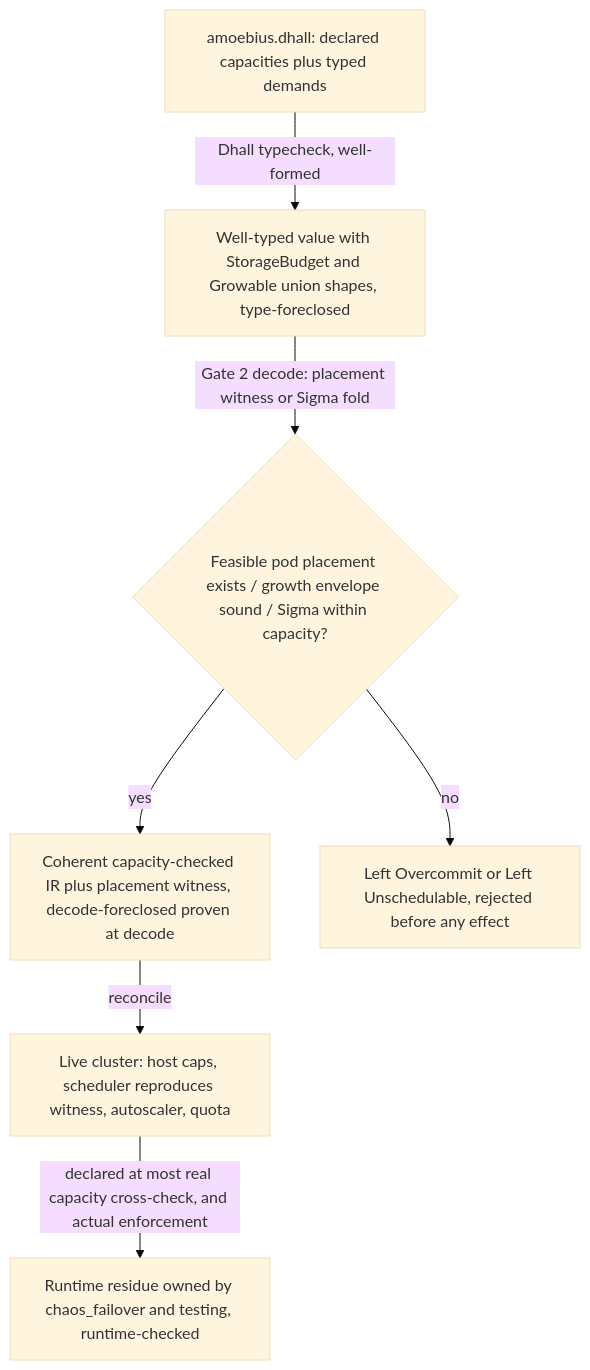
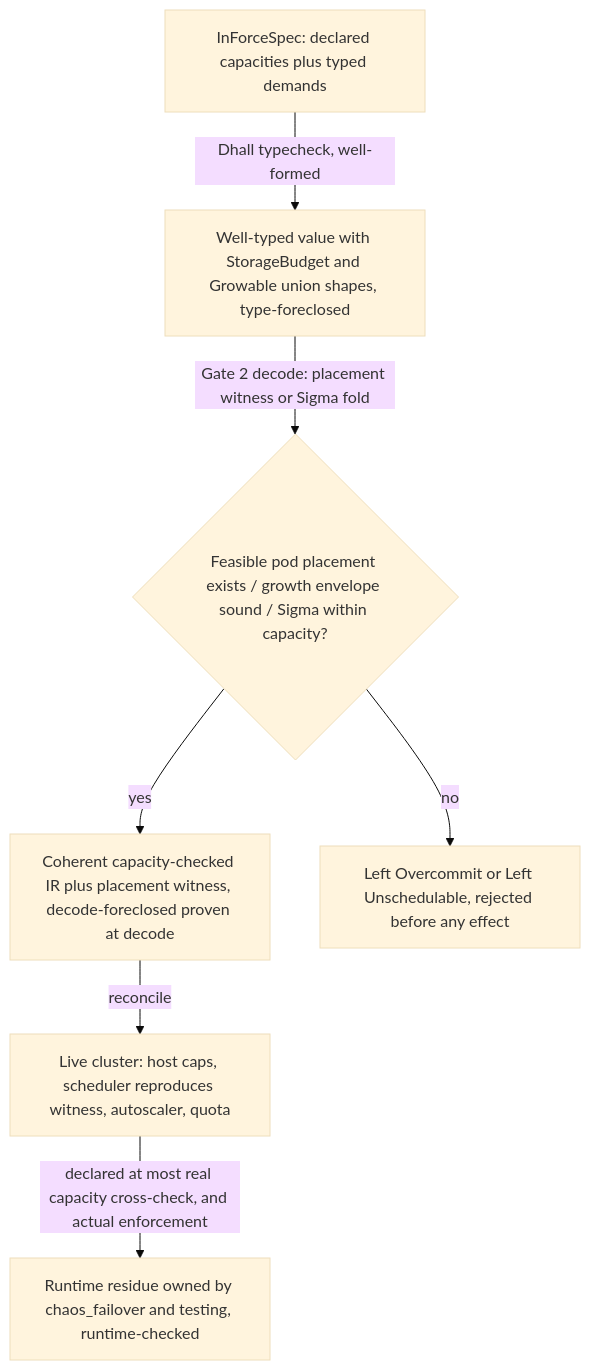
The diagram in documents/engineering/resource_capacity_doctrine.md (Tuee22/amoebius), drawn with Mermaid (base theme) before and after one commit. The commit also changed other lines of this file and 37 other files, not shown here.

````diff
--- a/documents/engineering/resource_capacity_doctrine.md
+++ b/documents/engineering/resource_capacity_doctrine.md
@@ -89,9 +89,9 @@
 ```mermaid
 flowchart TD
-  spec[amoebius.dhall: declared capacities plus typed demands] -->|Dhall typecheck, well-formed| typed[Well-typed value with StorageBudget and Growable union shapes, type-foreclosed]
+  spec[InForceSpec: declared capacities plus typed demands] -->|Dhall typecheck, well-formed| typed[Well-typed value with StorageBudget and Growable union shapes, type-foreclosed]
   typed -->|Gate 2 decode: placement witness or Sigma fold| fold{Feasible pod placement exists / growth envelope sound / Sigma within capacity?}
   fold -->|yes| ir[Coherent capacity-checked IR plus placement witness, decode-foreclosed proven at decode]
   fold -->|no| reject[Left Overcommit or Left Unschedulable, rejected before any effect]
   ir -->|reconcile| runtime[Live cluster: host caps, scheduler reproduces witness, autoscaler, quota]
   runtime -->|declared at most real capacity cross-check, and actual enforcement| runtime-checked[Runtime residue owned by chaos_failover and testing, runtime-checked]
 ```
````
